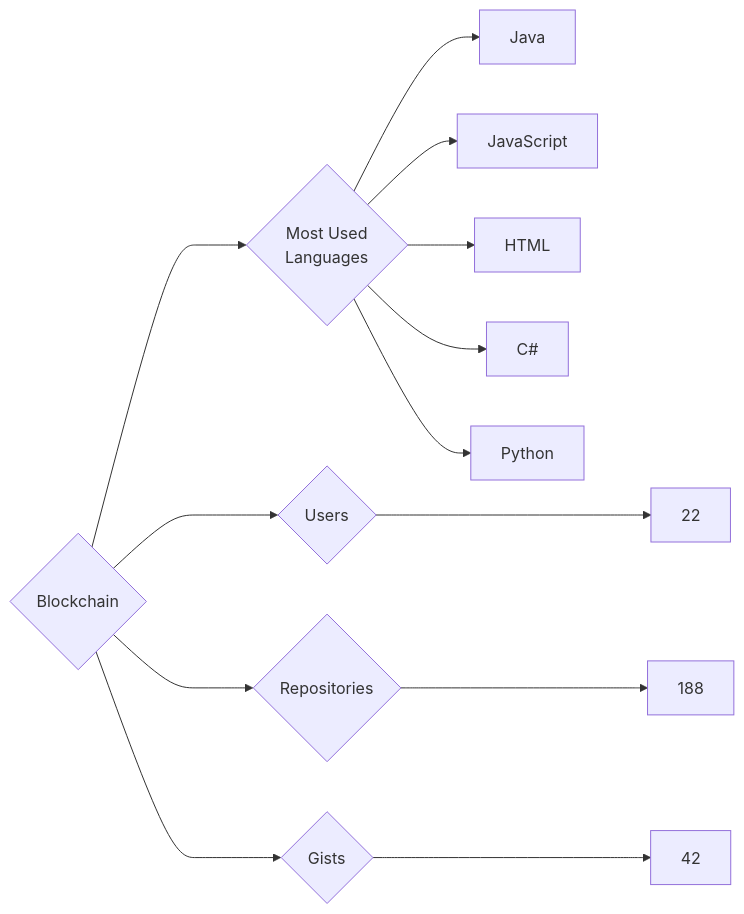
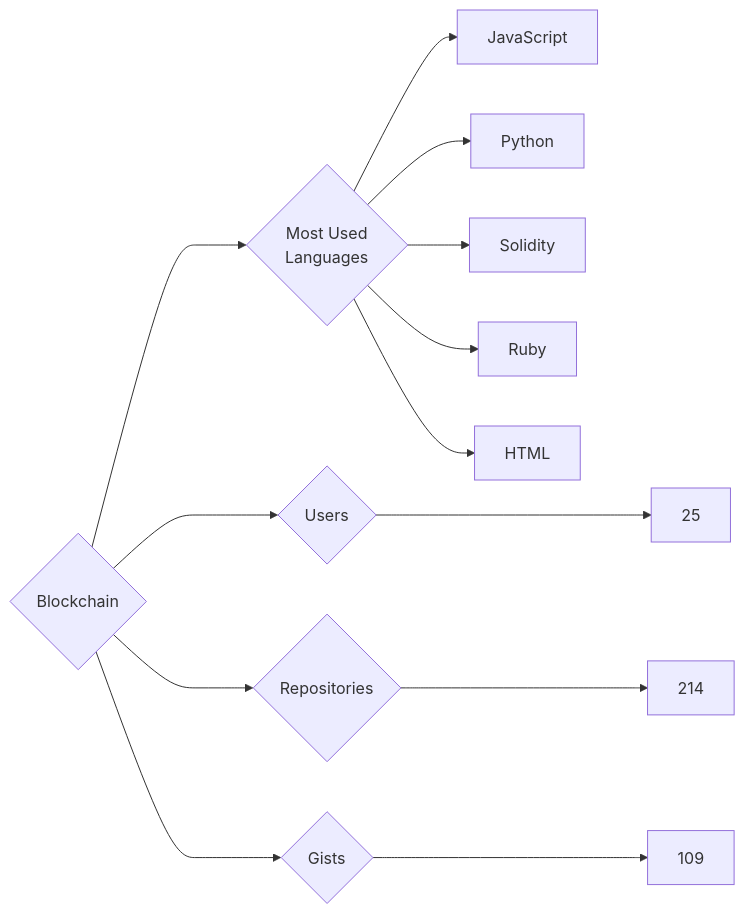
Before and after one commit to trickest/insiders: the diagram in targets/Blockchain/README.md, drawn with Mermaid. The commit also changed 895 other files, not shown here.

````diff
--- a/targets/Blockchain/README.md
+++ b/targets/Blockchain/README.md
@@ -3,13 +3,13 @@
 ```mermaid
 graph LR
 COMPANY_NAME{Blockchain}
-COMPANY_NAME ---> U{Users} ---> UN[22]
-COMPANY_NAME ---> R{Repositories} ---> RN[188]
-COMPANY_NAME ---> G{Gists} ---> GN[42]
+COMPANY_NAME ---> U{Users} ---> UN[25]
+COMPANY_NAME ---> R{Repositories} ---> RN[214]
+COMPANY_NAME ---> G{Gists} ---> GN[109]
 COMPANY_NAME ---> ML{Most Used<br>Languages}
-ML --> Java[Java]
 ML --> JavaScript[JavaScript]
+ML --> Python[Python]
+ML --> Solidity[Solidity]
+ML --> Ruby[Ruby]
 ML --> HTML[HTML]
-ML --> C#[C#]
-ML --> Python[Python]
 ```
````
